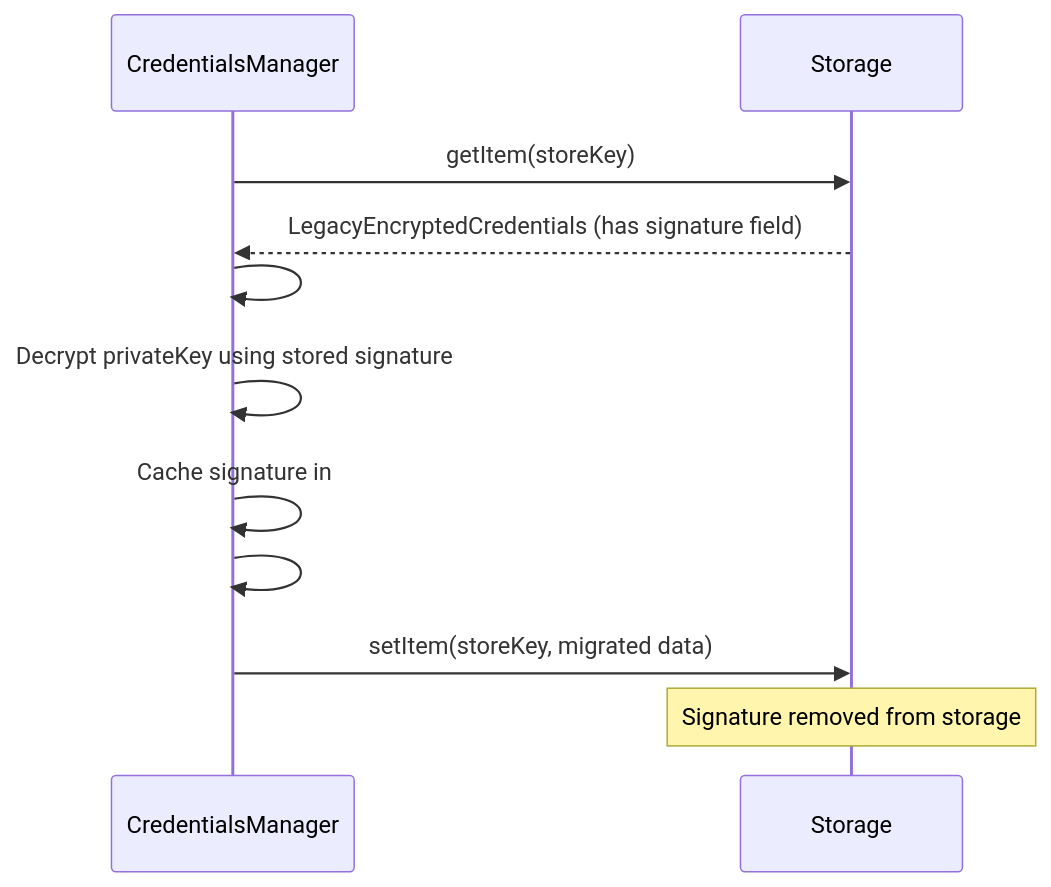
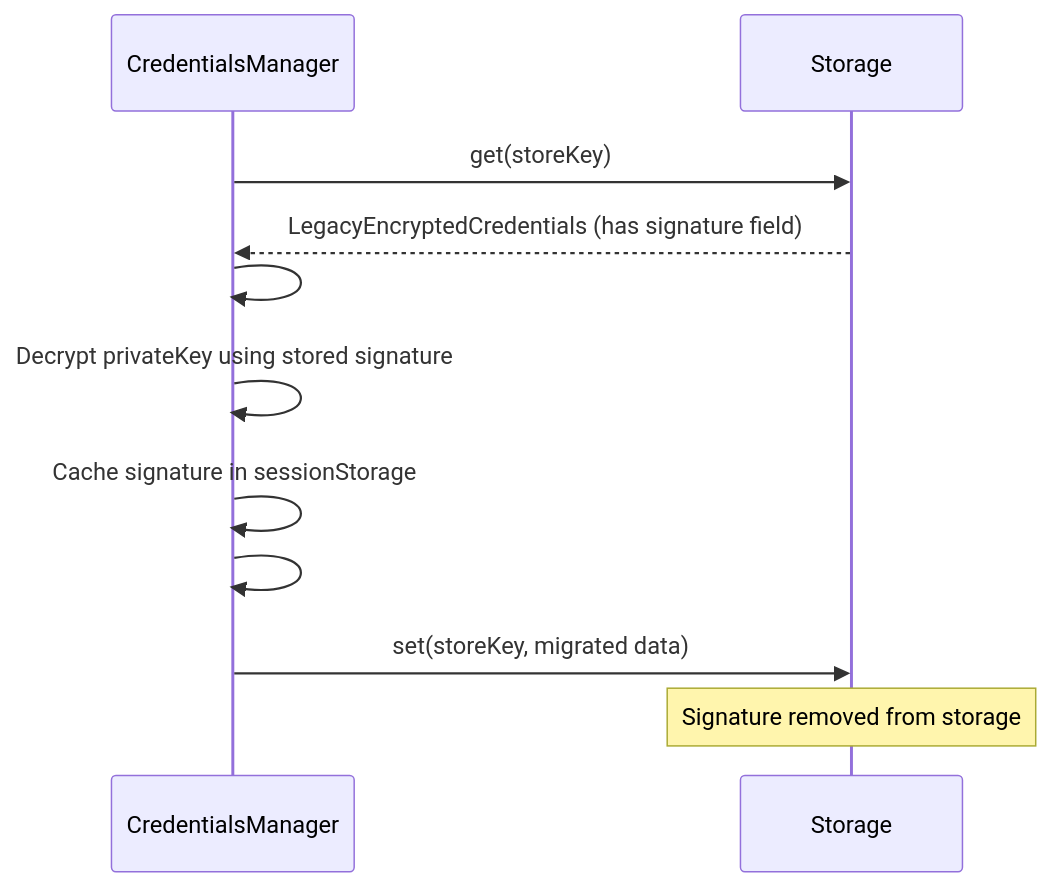
Before and after one commit to zama-ai/sdk: the seventh of 16 diagrams in docs/encryption-architecture.md, drawn with Mermaid. The commit also changed other lines of this file and 9 other files, not shown here.

First line of the commit message:
docs: update gitbook for new hooks, ChromeSessionStorage singleton, and API renames

````diff
--- a/docs/encryption-architecture.md
+++ b/docs/encryption-architecture.md
@@ -157,14 +157,14 @@
 ```mermaid
 sequenceDiagram
     participant CM as CredentialsManager
     participant Store as Storage
 
-    CM->>Store: getItem(storeKey)
+    CM->>Store: get(storeKey)
     Store-->>CM: LegacyEncryptedCredentials (has signature field)
     CM->>CM: #hasLegacySignature → true
     CM->>CM: Decrypt privateKey using stored signature
-    CM->>CM: Cache signature in #sessionSignatures
+    CM->>CM: Cache signature in sessionStorage
     CM->>CM: #encryptCredentials (excludes signature)
-    CM->>Store: setItem(storeKey, migrated data)
+    CM->>Store: set(storeKey, migrated data)
     Note over Store: Signature removed from storage
 ```
````
